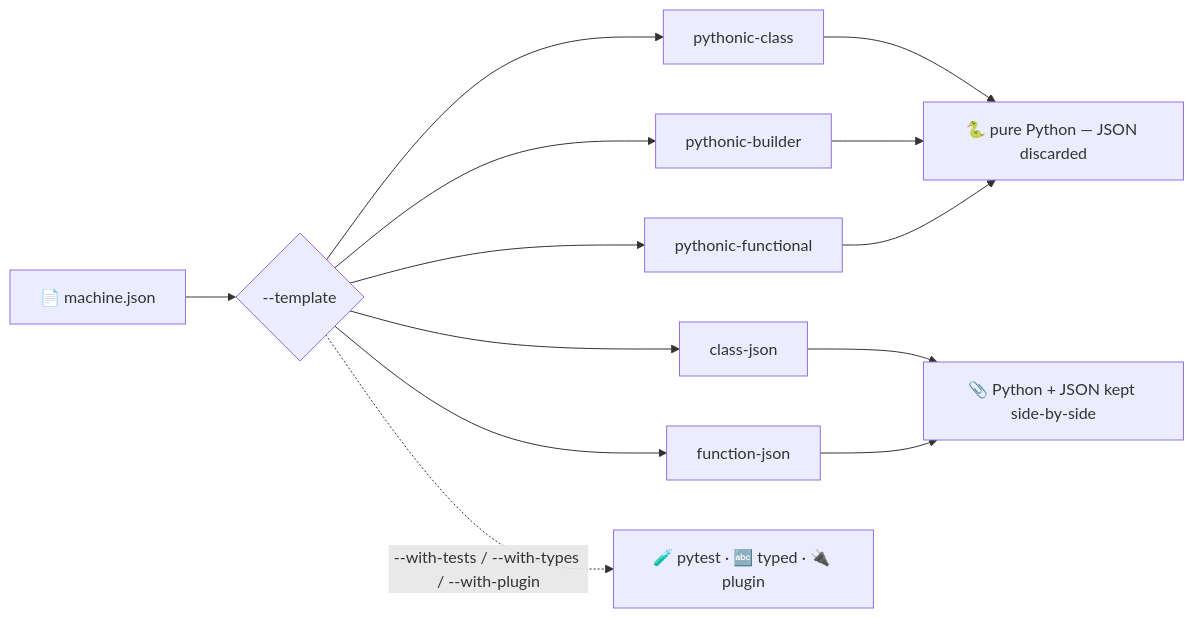
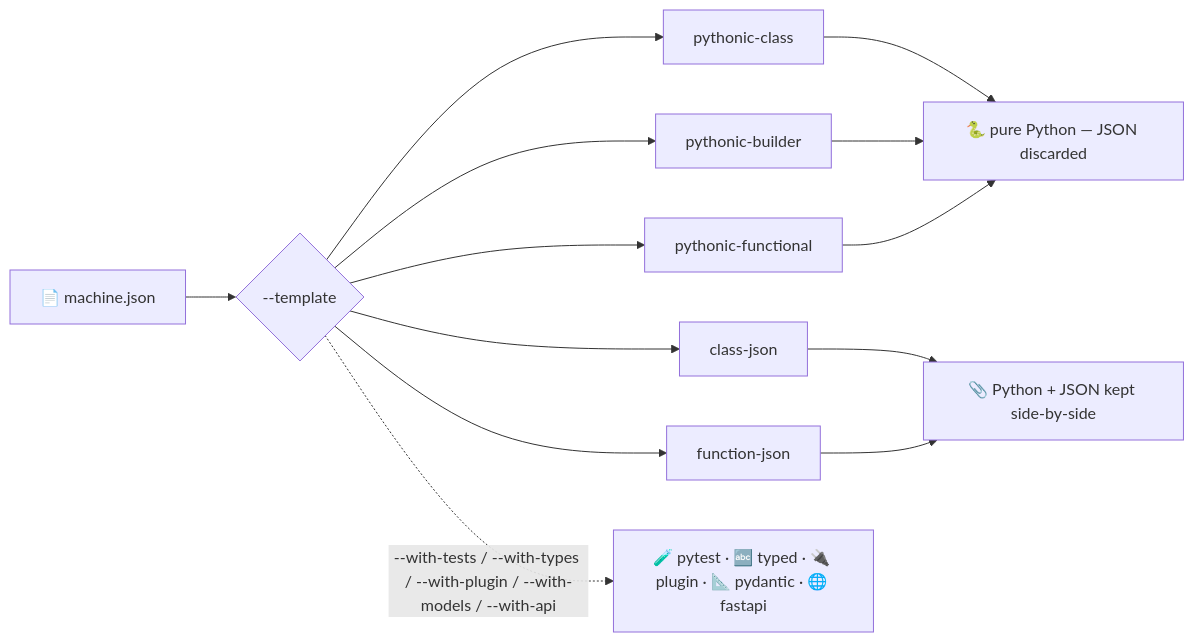
Before and after one commit to basiltt/xstate-statemachine: the diagram in docs/_guide/cli-templates.md, drawn with Mermaid. The commit also changed other lines of this file and 49 other files, not shown here.

````diff
--- a/docs/_guide/cli-templates.md
+++ b/docs/_guide/cli-templates.md
@@ -10,9 +10,9 @@
 ```mermaid
 flowchart LR
     J["📄 machine.json"] --> T{"--template"}
     T --> A["pythonic-class"] & B["pythonic-builder"] & C["pythonic-functional"]
     T --> D["class-json"] & E["function-json"]
     A & B & C --> P["🐍 pure Python — JSON discarded"]
     D & E --> Q["📎 Python + JSON kept side-by-side"]
-    T -. "--with-tests / --with-types / --with-plugin" .-> F["🧪 pytest · 🔤 typed · 🔌 plugin"]
+    T -. "--with-tests / --with-types / --with-plugin / --with-models / --with-api" .-> F["🧪 pytest · 🔤 typed · 🔌 plugin · 📐 pydantic · 🌐 fastapi"]
 ```
````
